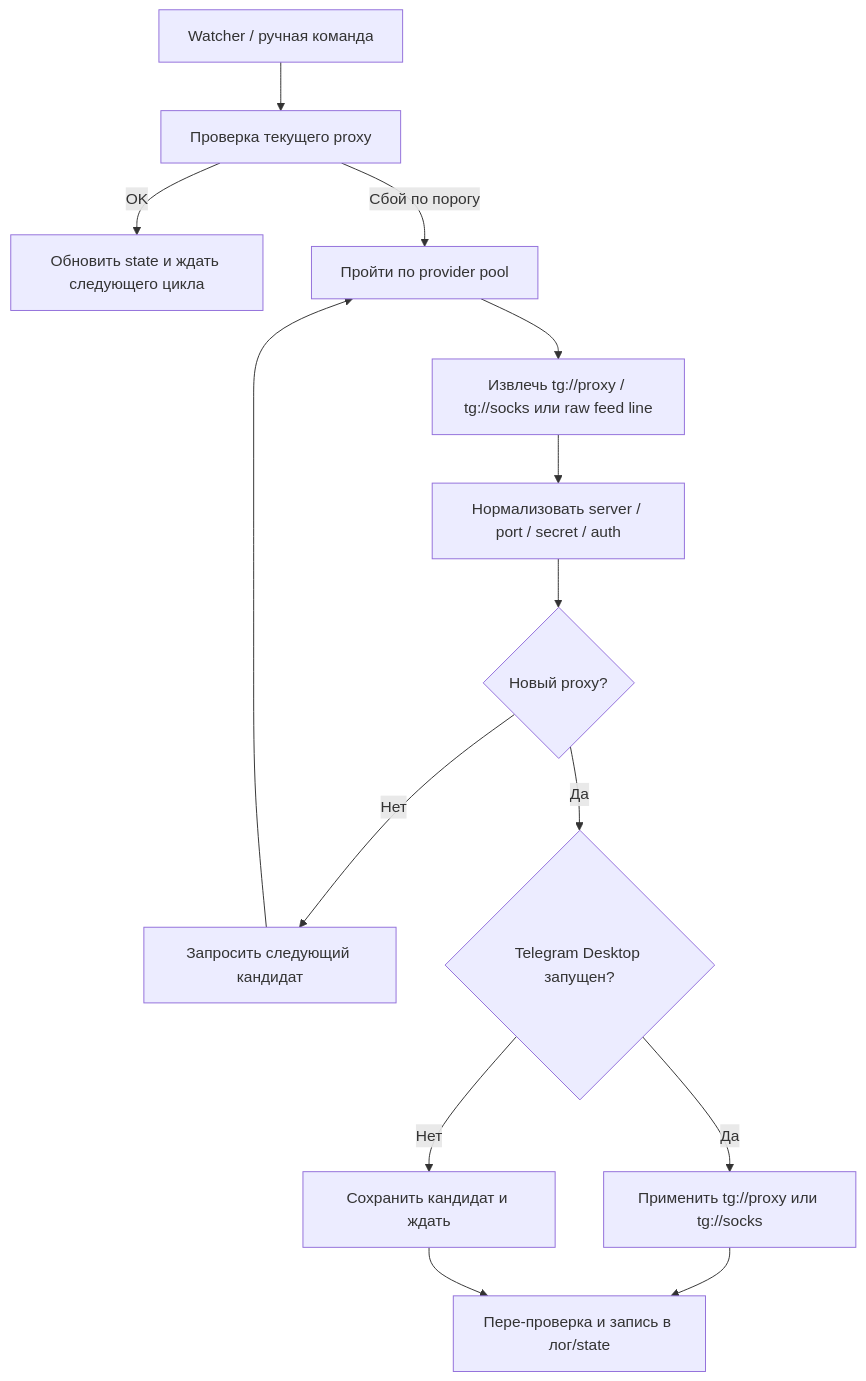
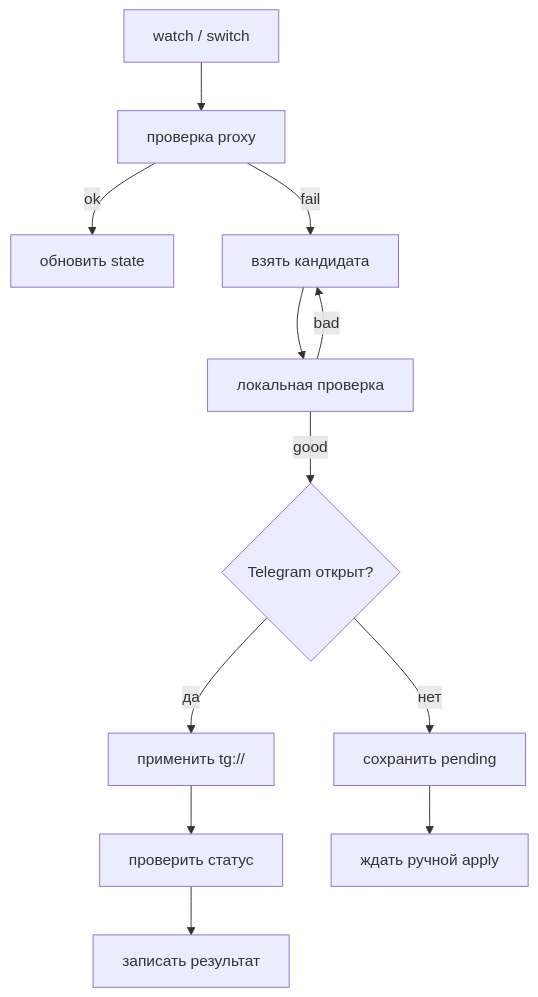
Before and after one commit to TheLitis/ProtoSwitch: the diagram in README.md, drawn with Mermaid. The commit also changed other lines of this file and 8 other files, not shown here.

````diff
--- a/README.md
+++ b/README.md
@@ -143,16 +67,14 @@
 ```mermaid
 flowchart TD
-    A["Watcher / ручная команда"] --> B["Проверка текущего proxy"]
-    B -->|OK| C["Обновить state и ждать следующего цикла"]
-    B -->|Сбой по порогу| D["Пройти по provider pool"]
-    D --> E["Извлечь tg://proxy / tg://socks или raw feed line"]
-    E --> F["Нормализовать server / port / secret / auth"]
-    F --> G{"Новый proxy?"}
-    G -->|Нет| H["Запросить следующий кандидат"]
-    H --> D
-    G -->|Да| I{"Telegram Desktop запущен?"}
-    I -->|Да| J["Применить tg://proxy или tg://socks"]
-    I -->|Нет| K["Сохранить кандидат и ждать"]
-    J --> L["Пере-проверка и запись в лог/state"]
-    K --> L
+    A["watch / switch"] --> B["проверка proxy"]
+    B -->|ok| C["обновить state"]
+    B -->|fail| D["взять кандидата"]
+    D --> E["локальная проверка"]
+    E -->|bad| D
+    E -->|good| F{"Telegram открыт?"}
+    F -->|нет| G["сохранить pending"]
+    F -->|да| H["применить tg://"]
+    H --> I["проверить статус"]
+    G --> J["ждать ручной apply"]
+    I --> K["записать результат"]
 ```
````
